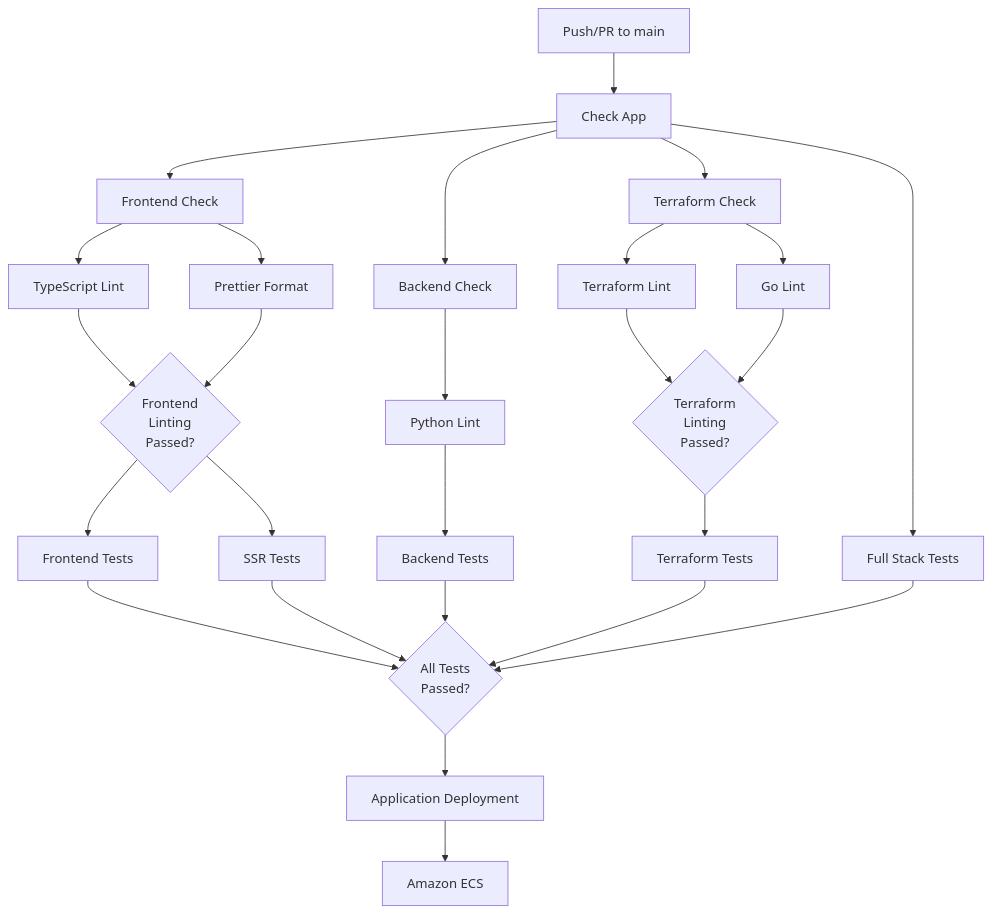
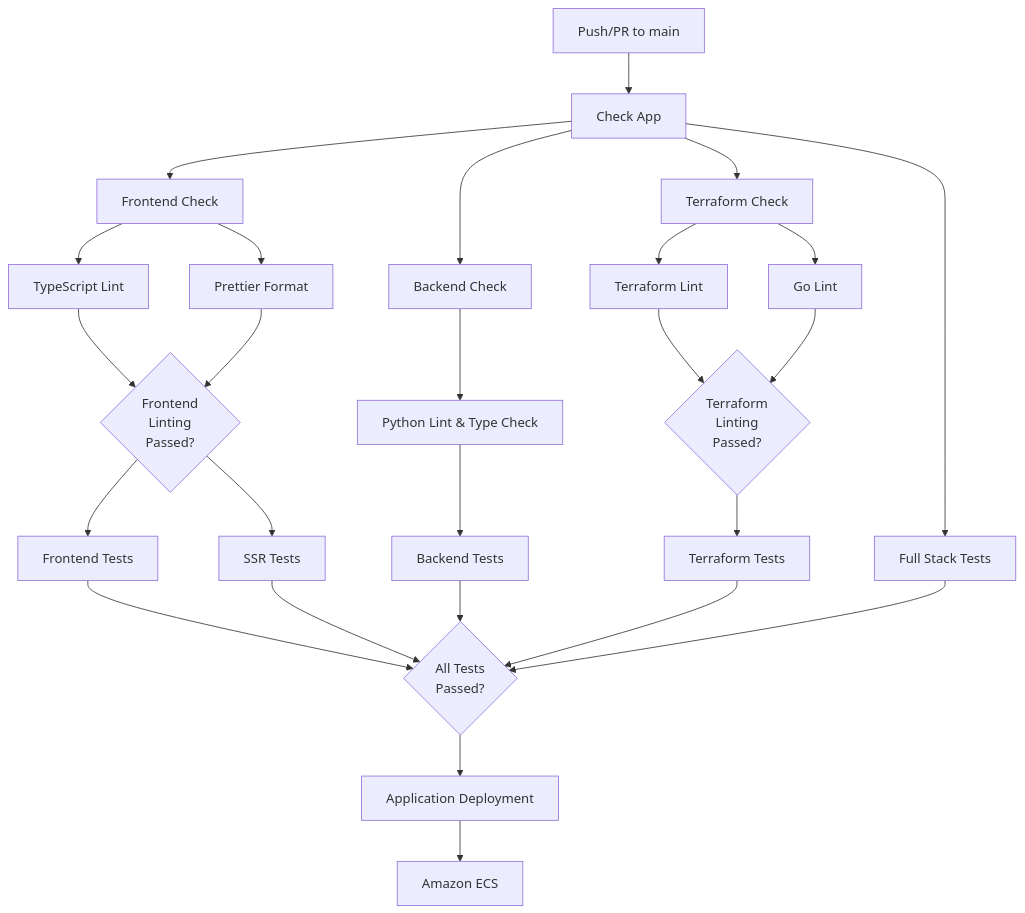
The diagram in .github/workflows/README.md (lhadjchikh/coalition-builder), drawn with Mermaid before and after one commit. The commit also changed other lines of this file and 6 other files, not shown here.

First line of the commit message:
feat: integrate mypy type checking into Python linting workflow

````diff
--- a/.github/workflows/README.md
+++ b/.github/workflows/README.md
@@ -16,44 +16,44 @@
 ```mermaid
 %%{init: {'theme':'basic'}}%%
 flowchart TD
     %% Main trigger
     push[Push/PR to main] --> check_app[Check App]
 
     %% Check App branches
     check_app --> frontend_check[Frontend Check]
     check_app --> backend_check[Backend Check]
     check_app --> terraform_check[Terraform Check]
     check_app --> fullstack_tests[Full Stack Tests]
 
     %% Frontend workflow
     frontend_check --> ts_lint[TypeScript Lint]
     frontend_check --> prettier[Prettier Format]
     ts_lint --> frontend_lint_complete{"Frontend<br/>Linting<br/>Passed?"}
     prettier --> frontend_lint_complete
     frontend_lint_complete --> frontend_tests[Frontend Tests]
     frontend_lint_complete --> ssr_tests[SSR Tests]
 
     %% Backend workflow
-    backend_check --> python_lint[Python Lint]
+    backend_check --> python_lint[Python Lint & Type Check]
     python_lint --> backend_tests[Backend Tests]
 
     %% Terraform workflow
     terraform_check --> tf_lint[Terraform Lint]
     terraform_check --> go_lint[Go Lint]
     tf_lint --> terraform_lint_complete{"Terraform<br/>Linting<br/>Passed?"}
     go_lint --> terraform_lint_complete
     terraform_lint_complete --> terraform_tests[Terraform Tests]
 
     %% All tests converge to deployment decision
     frontend_tests --> tests_complete{"All Tests<br/>Passed?"}
     ssr_tests --> tests_complete
     backend_tests --> tests_complete
     terraform_tests --> tests_complete
     fullstack_tests --> tests_complete
 
     %% Decision to deployment
     tests_complete --> app_deploy[Application Deployment]
 
     %% Deployment to AWS
     app_deploy --> ecs[Amazon ECS]
 ```
````
